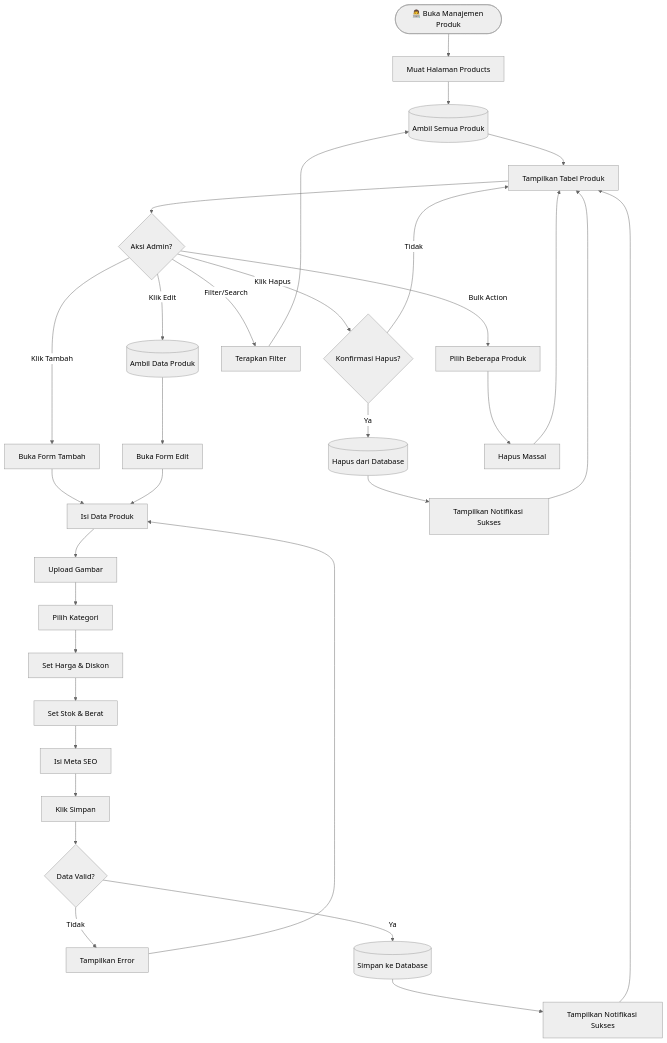
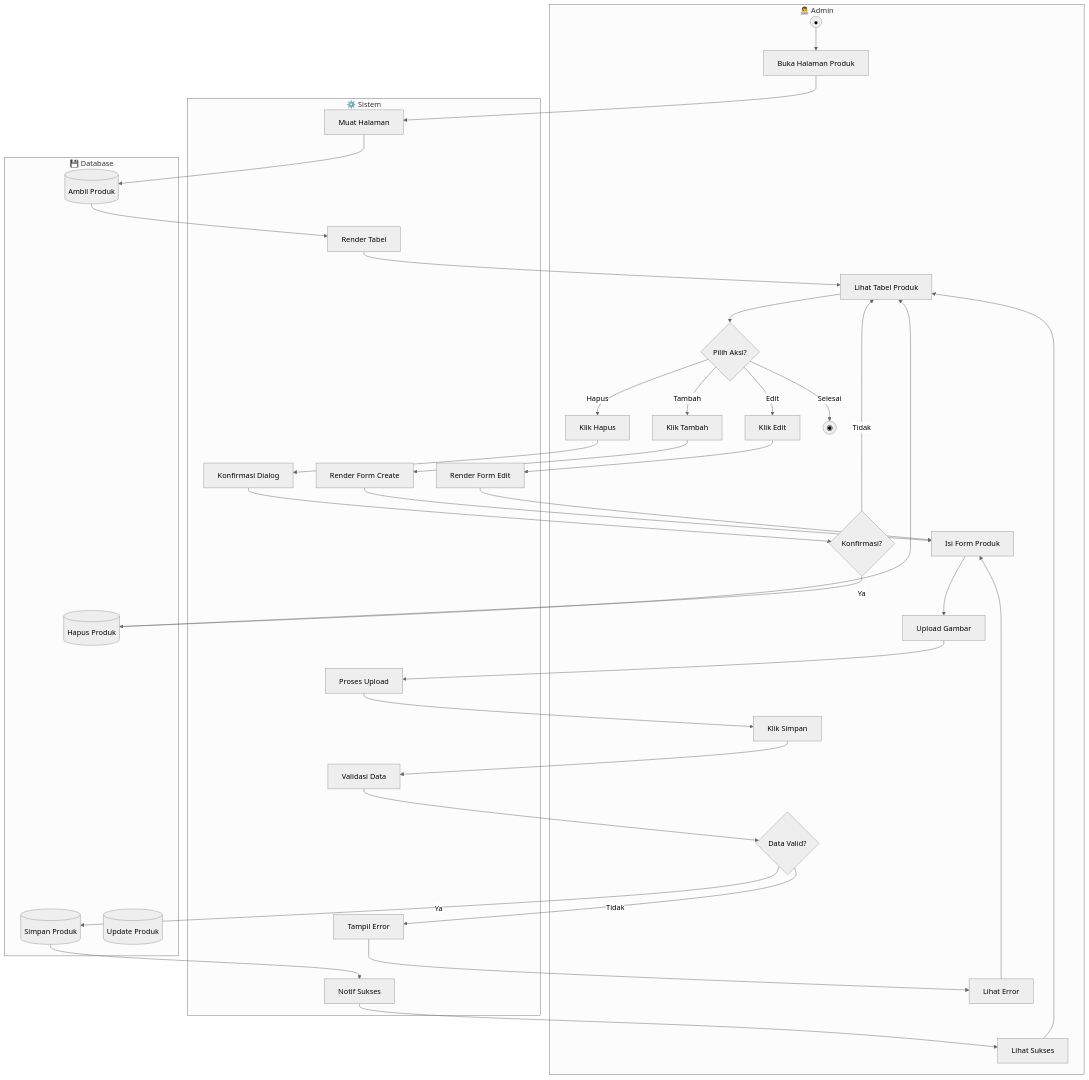
One commit to mustarisyahding07-spec/WEBSITE_SKRIPSI_MUSTARI changed diagram 12 of 17 in docs/ACTIVITY_DIAGRAMS.md. Above: the diagram before and after it, drawn with Mermaid (neutral theme). The commit also changed other lines of this file, not shown here.

Commit message:
docs: update activity diagrams with swimlane format

````diff
--- a/docs/ACTIVITY_DIAGRAMS.md
+++ b/docs/ACTIVITY_DIAGRAMS.md
@@ -495,39 +691,71 @@
 ```mermaid
 flowchart TD
-    Start([👨‍💻 Buka Manajemen Produk]) --> LoadPage[Muat Halaman Products]
-    LoadPage --> FetchProducts[(Ambil Semua Produk)]
-    FetchProducts --> DisplayTable[Tampilkan Tabel Produk]
-    DisplayTable --> UserAction{Aksi Admin?}
+    subgraph Admin["👨‍💻 Admin"]
+        A1((●))
+        A2[Buka Halaman Produk]
+        A3[Lihat Tabel Produk]
+        A4{Pilih Aksi?}
+        A5[Klik Tambah]
+        A6[Isi Form Produk]
+        A7[Upload Gambar]
+        A8[Klik Simpan]
+        A9{Data Valid?}
+        A10[Lihat Error]
+        A11[Lihat Sukses]
+        A12[Klik Edit]
+        A13[Klik Hapus]
+        A14{Konfirmasi?}
+        A15((◉))
+    end
     
-    UserAction -->|Klik Tambah| OpenCreateForm[Buka Form Tambah]
-    OpenCreateForm --> FillProductForm[Isi Data Produk]
-    FillProductForm --> UploadImage[Upload Gambar]
-    UploadImage --> SelectCategory[Pilih Kategori]
-    SelectCategory --> SetPricing[Set Harga & Diskon]
-    SetPricing --> SetStock[Set Stok & Berat]
-    SetStock --> FillSEO[Isi Meta SEO]
-    FillSEO --> ClickSave[Klik Simpan]
-    ClickSave --> ValidateProduct{Data Valid?}
-    ValidateProduct -->|Tidak| ShowError[Tampilkan Error]
-    ShowError --> FillProductForm
-    ValidateProduct -->|Ya| SaveProduct[(Simpan ke Database)]
-    SaveProduct --> ShowSuccess[Tampilkan Notifikasi Sukses]
-    ShowSuccess --> DisplayTable
+    subgraph Sistem["⚙️ Sistem"]
+        S1[Muat Halaman]
+        S2[Render Tabel]
+        S3[Render Form Create]
+        S4[Proses Upload]
+        S5[Validasi Data]
+        S6[Tampil Error]
+        S7[Notif Sukses]
+        S8[Render Form Edit]
+        S9[Konfirmasi Dialog]
+    end
     
-    UserAction -->|Klik Edit| LoadProduct[(Ambil Data Produk)]
-    LoadProduct --> OpenEditForm[Buka Form Edit]
-    OpenEditForm --> FillProductForm
+    subgraph Database["💾 Database"]
+        D1[(Ambil Produk)]
+        D2[(Simpan Produk)]
+        D3[(Update Produk)]
+        D4[(Hapus Produk)]
+    end
     
-    UserAction -->|Klik Hapus| ConfirmDelete{Konfirmasi Hapus?}
-    ConfirmDelete -->|Tidak| DisplayTable
-    ConfirmDelete -->|Ya| DeleteProduct[(Hapus dari Database)]
-    DeleteProduct --> ShowDeleteSuccess[Tampilkan Notifikasi Sukses]
-    ShowDeleteSuccess --> DisplayTable
-    
-    UserAction -->|Filter/Search| ApplyFilter[Terapkan Filter]
-    ApplyFilter --> FetchProducts
-    
-    UserAction -->|Bulk Action| SelectMultiple[Pilih Beberapa Produk]
-    SelectMultiple --> BulkDelete[Hapus Massal]
-    BulkDelete --> DisplayTable
+    A1 --> A2
+    A2 --> S1
+    S1 --> D1
+    D1 --> S2
+    S2 --> A3
+    A3 --> A4
+    A4 -->|Tambah| A5
+    A5 --> S3
+    S3 --> A6
+    A6 --> A7
+    A7 --> S4
+    S4 --> A8
+    A8 --> S5
+    S5 --> A9
+    A9 -->|Tidak| S6
+    S6 --> A10
+    A10 --> A6
+    A9 -->|Ya| D2
+    D2 --> S7
+    S7 --> A11
+    A11 --> A3
+    A4 -->|Edit| A12
+    A12 --> S8
+    S8 --> A6
+    A4 -->|Hapus| A13
+    A13 --> S9
+    S9 --> A14
+    A14 -->|Ya| D4
+    D4 --> A3
+    A14 -->|Tidak| A3
+    A4 -->|Selesai| A15
 ```
````
